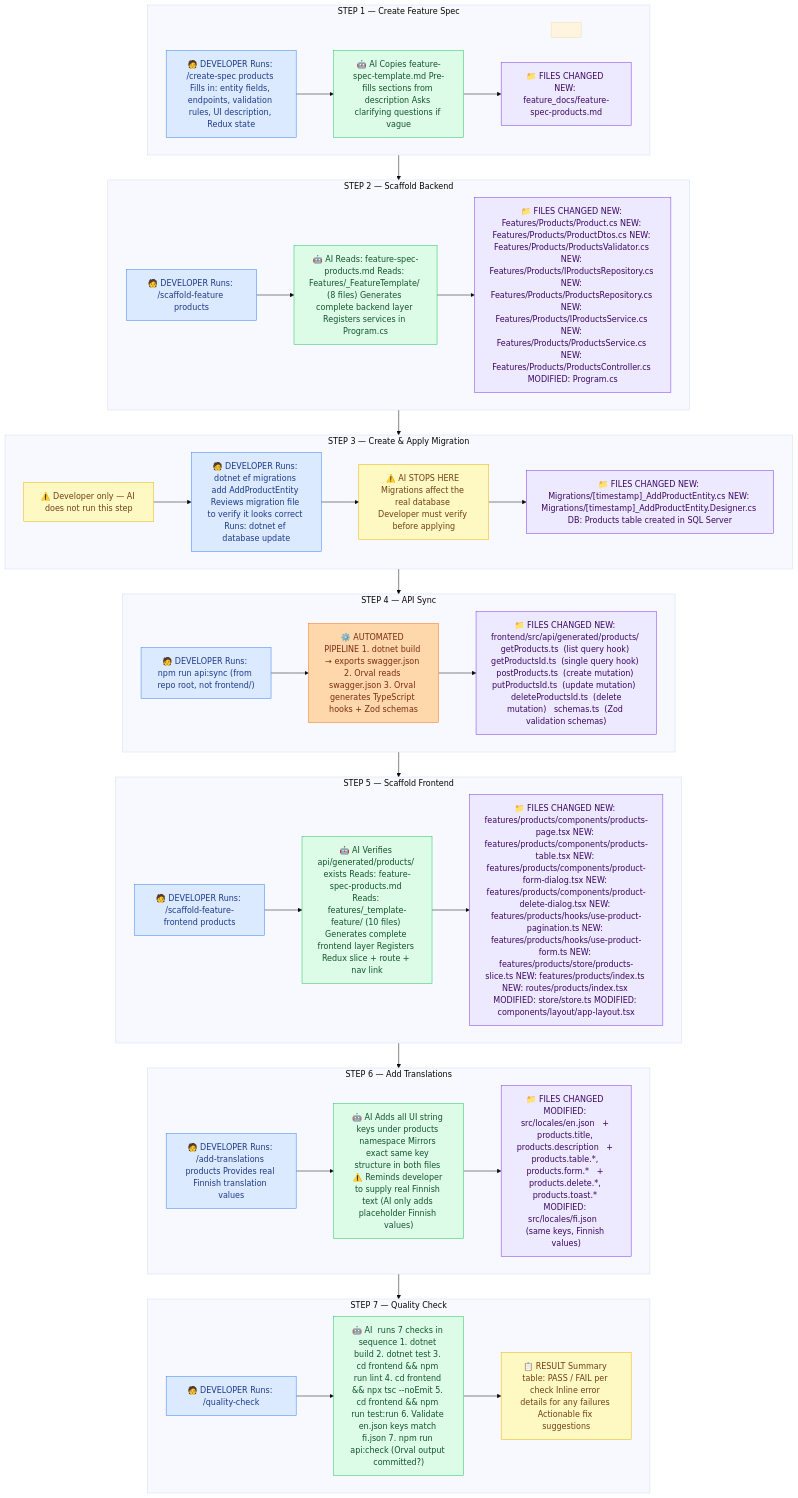
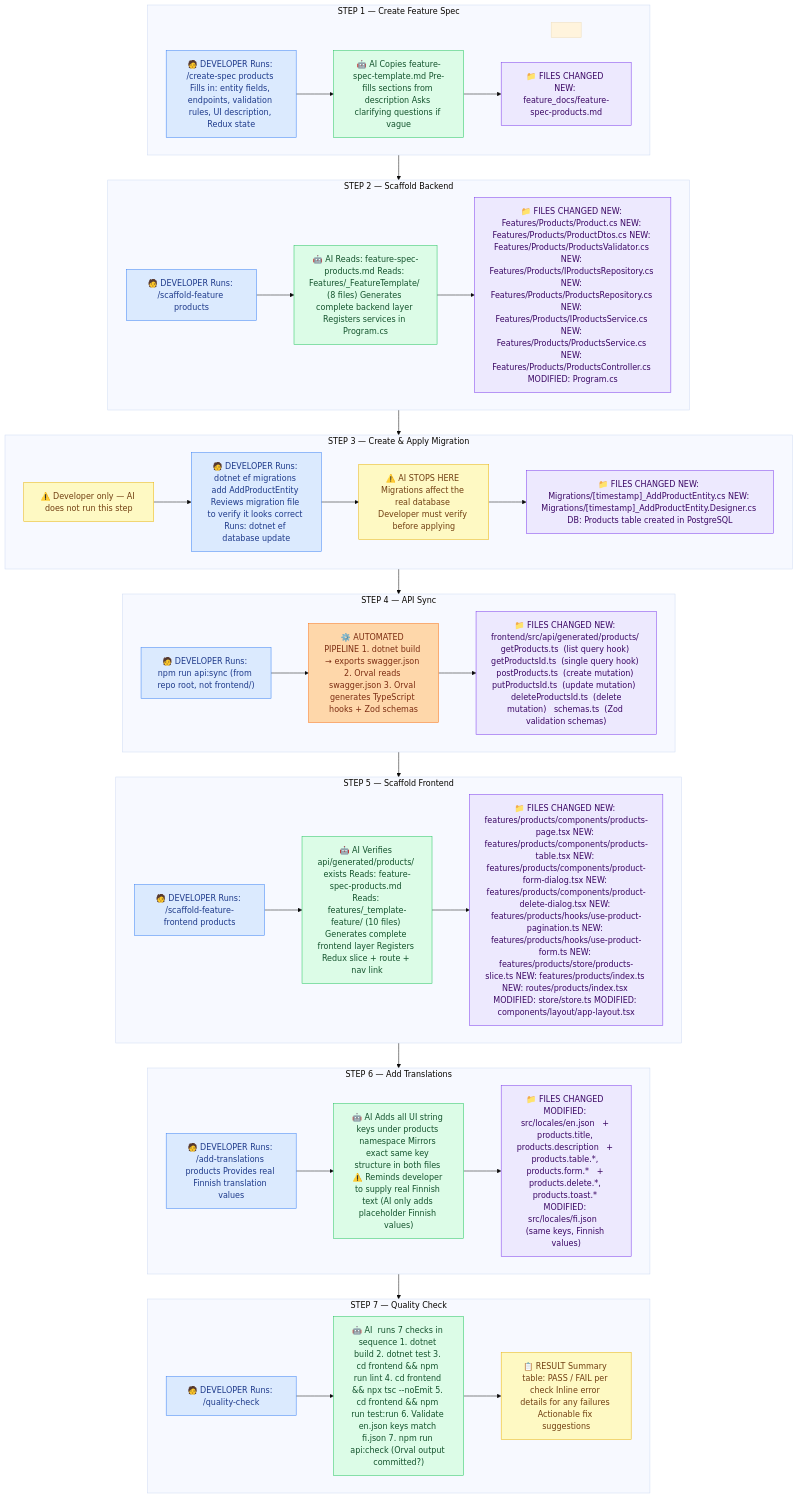
The second of 6 diagrams in docs/WORKFLOW_VISUAL.md (quocbao19982009/AI-driven-template), drawn with Mermaid (base theme) before and after one commit. The commit also changed 14 other files, not shown here.

````diff
--- a/docs/WORKFLOW_VISUAL.md
+++ b/docs/WORKFLOW_VISUAL.md
@@ -36,72 +36,72 @@
 ```mermaid
 flowchart TD
     classDef dev fill:#dbeafe,stroke:#3b82f6,color:#1e3a8a
     classDef ai fill:#dcfce7,stroke:#22c55e,color:#14532d
     classDef files fill:#ede9fe,stroke:#7c3aed,color:#3b0764
     classDef pipeline fill:#fed7aa,stroke:#f97316,color:#7c2d12
     classDef result fill:#fef9c3,stroke:#eab308,color:#713f12
 
     subgraph STEP1["STEP 1 — Create Feature Spec"]
 
     spacer[" "]:::hidden
         direction LR
         D1["🧑 DEVELOPER Runs: /create-spec products Fills in: entity fields, endpoints, validation rules, UI description, Redux state"]:::dev
         A1["🤖 AI Copies feature-spec-template.md Pre-fills sections from description Asks clarifying questions if vague"]:::ai
         F1["📁 FILES CHANGED NEW: feature_docs/feature-spec-products.md"]:::files
         D1 --> A1 --> F1
     end
 
     subgraph STEP2["STEP 2 — Scaffold Backend"]
         direction LR
         D2["🧑 DEVELOPER Runs: /scaffold-feature products"]:::dev
         A2["🤖 AI Reads: feature-spec-products.md Reads: Features/_FeatureTemplate/ (8 files) Generates complete backend layer Registers services in Program.cs"]:::ai
         F2["📁 FILES CHANGED NEW: Features/Products/Product.cs NEW: Features/Products/ProductDtos.cs NEW: Features/Products/ProductsValidator.cs NEW: Features/Products/IProductsRepository.cs NEW: Features/Products/ProductsRepository.cs NEW: Features/Products/IProductsService.cs NEW: Features/Products/ProductsService.cs NEW: Features/Products/ProductsController.cs MODIFIED: Program.cs"]:::files
         D2 --> A2 --> F2
     end
 
     subgraph STEP3["STEP 3 — Create & Apply Migration"]
 
         direction LR
         N3["⚠️ Developer only — AI does not run this step"]:::result
         D3["🧑 DEVELOPER Runs: dotnet ef migrations add AddProductEntity Reviews migration file to verify it looks correct Runs: dotnet ef database update"]:::dev
         R3["⚠️ AI STOPS HERE Migrations affect the real database Developer must verify before applying"]:::result
-        F3["📁 FILES CHANGED NEW: Migrations/[timestamp]_AddProductEntity.cs NEW: Migrations/[timestamp]_AddProductEntity.Designer.cs DB: Products table created in SQL Server"]:::files
+        F3["📁 FILES CHANGED NEW: Migrations/[timestamp]_AddProductEntity.cs NEW: Migrations/[timestamp]_AddProductEntity.Designer.cs DB: Products table created in PostgreSQL"]:::files
         N3 --> D3 --> R3 --> F3
     end
 
     subgraph STEP4["STEP 4 — API Sync"]
 
 
         direction LR
         D4["🧑 DEVELOPER Runs: npm run api:sync (from repo root, not frontend/)"]:::dev
         P4["⚙️ AUTOMATED PIPELINE 1. dotnet build → exports swagger.json 2. Orval reads swagger.json 3. Orval generates TypeScript hooks + Zod schemas"]:::pipeline
         F4["📁 FILES CHANGED NEW: frontend/src/api/generated/products/   getProducts.ts  (list query hook)   getProductsId.ts  (single query hook)   postProducts.ts  (create mutation)   putProductsId.ts  (update mutation)   deleteProductsId.ts  (delete mutation)   schemas.ts  (Zod validation schemas)"]:::files
         D4 --> P4 --> F4
     end
 
     subgraph STEP5["STEP 5 — Scaffold Frontend"]
         direction LR
         D5["🧑 DEVELOPER Runs: /scaffold-feature-frontend products"]:::dev
         A5["🤖 AI Verifies api/generated/products/ exists Reads: feature-spec-products.md Reads: features/_template-feature/ (10 files) Generates complete frontend layer Registers Redux slice + route + nav link"]:::ai
         F5["📁 FILES CHANGED NEW: features/products/components/products-page.tsx NEW: features/products/components/products-table.tsx NEW: features/products/components/product-form-dialog.tsx NEW: features/products/components/product-delete-dialog.tsx NEW: features/products/hooks/use-product-pagination.ts NEW: features/products/hooks/use-product-form.ts NEW: features/products/store/products-slice.ts NEW: features/products/index.ts NEW: routes/products/index.tsx MODIFIED: store/store.ts MODIFIED: components/layout/app-layout.tsx"]:::files
         D5 --> A5 --> F5
     end
 
     subgraph STEP6["STEP 6 — Add Translations"]
         direction LR
         D6["🧑 DEVELOPER Runs: /add-translations products Provides real Finnish translation values"]:::dev
         A6["🤖 AI Adds all UI string keys under products namespace Mirrors exact same key structure in both files ⚠️ Reminds developer to supply real Finnish text (AI only adds placeholder Finnish values)"]:::ai
         F6["📁 FILES CHANGED MODIFIED: src/locales/en.json   + products.title, products.description   + products.table.*, products.form.*   + products.delete.*, products.toast.* MODIFIED: src/locales/fi.json   (same keys, Finnish values)"]:::files
         D6 --> A6 --> F6
     end
 
     subgraph STEP7["STEP 7 — Quality Check"]
         direction LR
         D7["🧑 DEVELOPER Runs: /quality-check"]:::dev
         A7["🤖 AI  runs 7 checks in sequence 1. dotnet build 2. dotnet test 3. cd frontend && npm run lint 4. cd frontend && npx tsc --noEmit 5. cd frontend && npm run test:run 6. Validate en.json keys match fi.json 7. npm run api:check (Orval output committed?)"]:::ai
         R7["📋 RESULT Summary table: PASS / FAIL per check Inline error details for any failures Actionable fix suggestions"]:::result
         D7 --> A7 --> R7
     end
 
     STEP1 --> STEP2 --> STEP3 --> STEP4 --> STEP5 --> STEP6 --> STEP7
 ```
````
